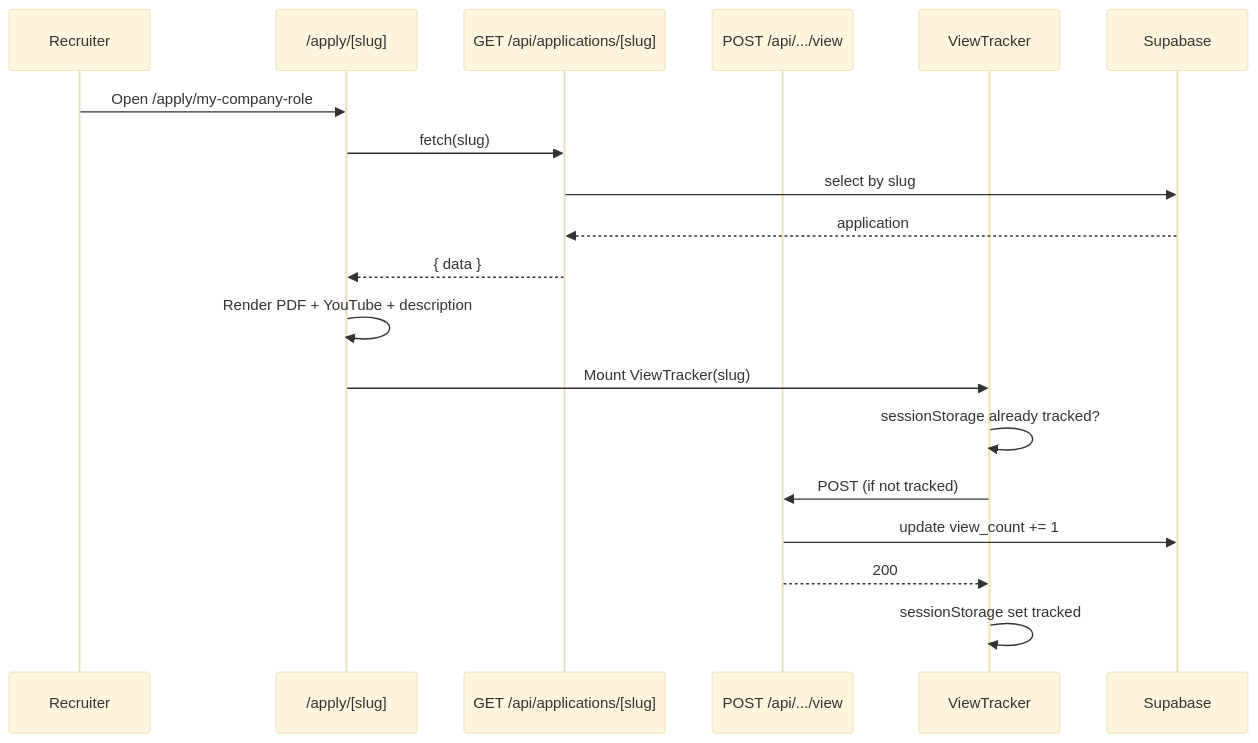
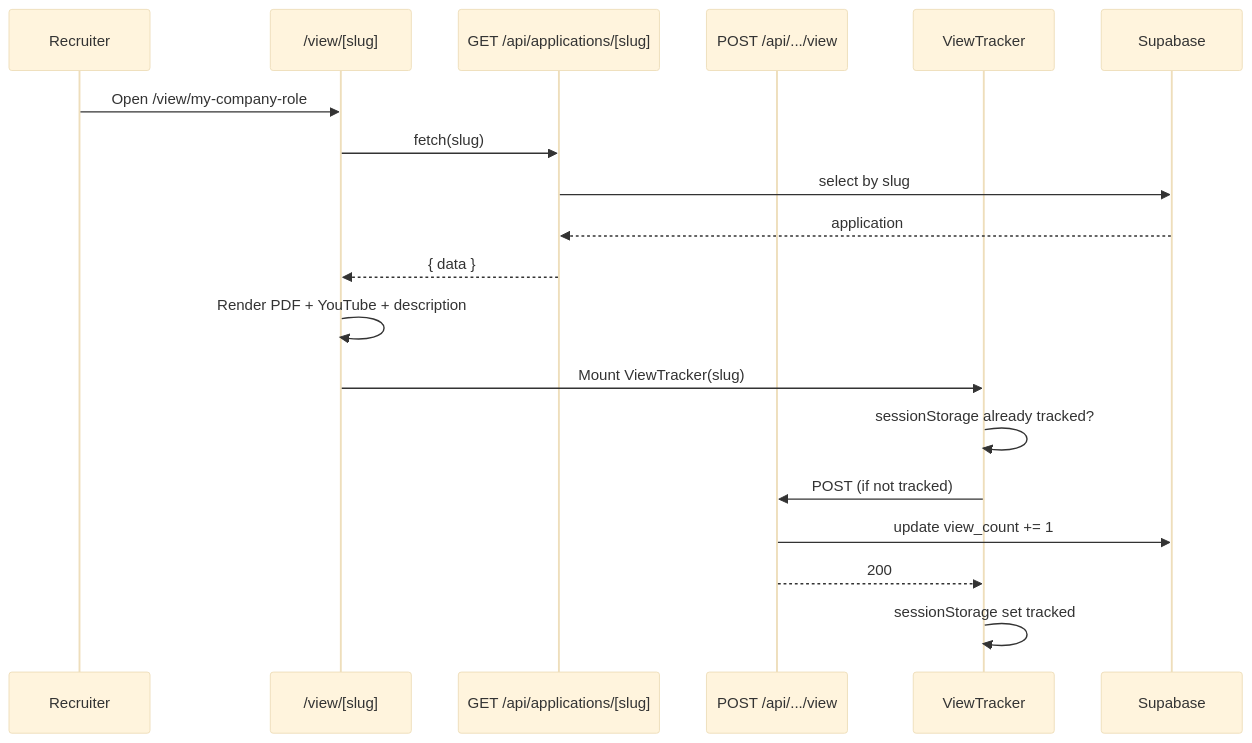
Before and after one commit to joan-gerard/my-hire-view: the fifth of 5 diagrams in docs/ARCHITECTURE.md, drawn with Mermaid (base theme). The commit also changed other lines of this file and 10 other files, not shown here.

Commit message:
refactor: MarketingHeader and ApplicationPageHeader, public route /view instead of /apply

````diff
--- a/docs/ARCHITECTURE.md
+++ b/docs/ARCHITECTURE.md
@@ -279,22 +279,22 @@
 ```mermaid
 sequenceDiagram
   participant R as Recruiter
-  participant Page as /apply/[slug]
+  participant Page as /view/[slug]
   participant SlugAPI as GET /api/applications/[slug]
   participant ViewAPI as POST /api/.../view
   participant VT as ViewTracker
   participant Supa as Supabase
 
-  R->>Page: Open /apply/my-company-role
+  R->>Page: Open /view/my-company-role
   Page->>SlugAPI: fetch(slug)
   SlugAPI->>Supa: select by slug
   Supa-->>SlugAPI: application
   SlugAPI-->>Page: { data }
   Page->>Page: Render PDF + YouTube + description
   Page->>VT: Mount ViewTracker(slug)
   VT->>VT: sessionStorage already tracked?
   VT->>ViewAPI: POST (if not tracked)
   ViewAPI->>Supa: update view_count += 1
   ViewAPI-->>VT: 200
   VT->>VT: sessionStorage set tracked
 ```
````
